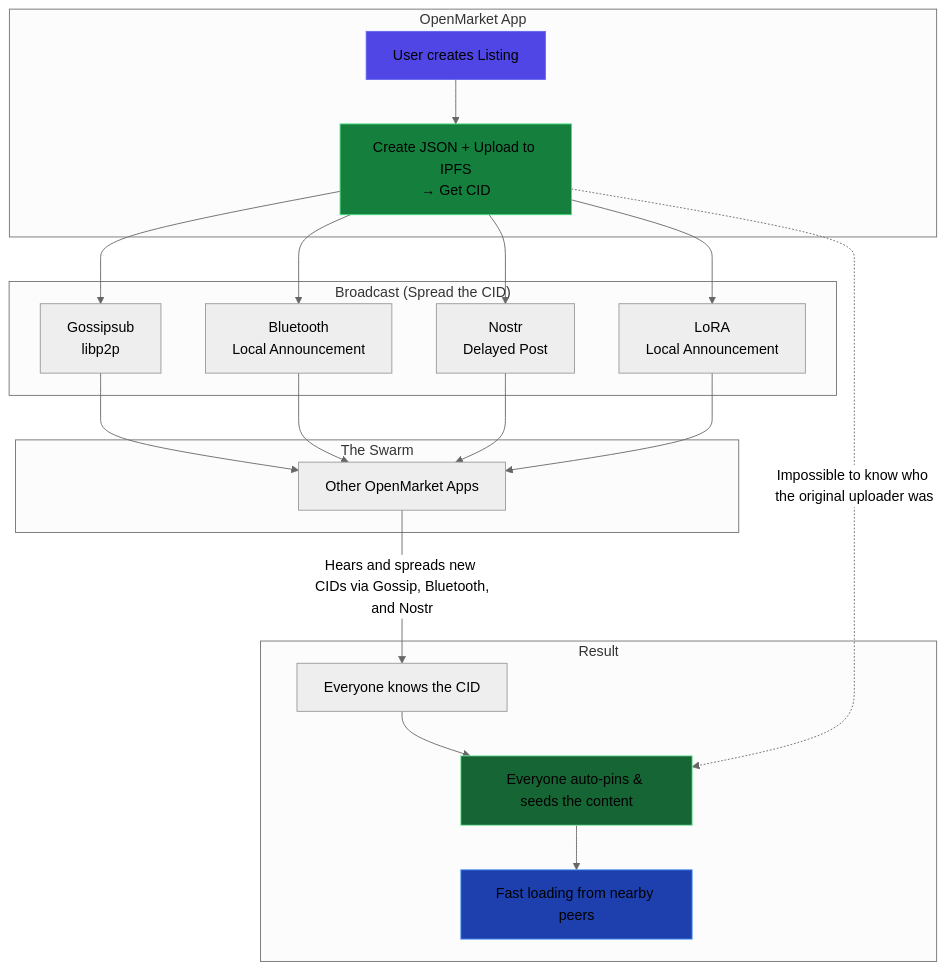
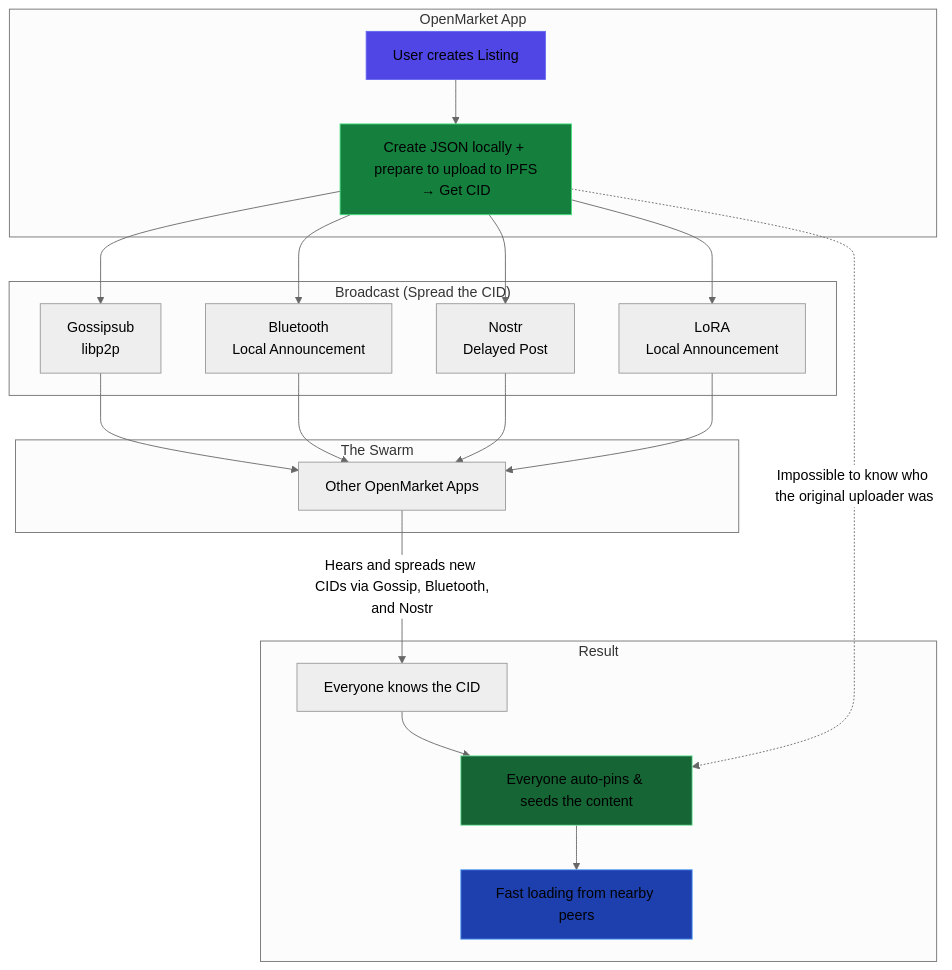
Before and after one commit to lukeprofits/OpenMarket: the diagram in README.md, drawn with Mermaid (neutral theme).

````diff
--- a/README.md
+++ b/README.md
@@ -14,46 +14,46 @@
 ```mermaid
 flowchart TD
     subgraph "OpenMarket App"
         A[User creates Listing] 
-        B[Create JSON + Upload to IPFS<br/>→ Get CID]
+        B[Create JSON locally + prepare to upload to IPFS<br/>→ Get CID]
     end
 
     subgraph "Broadcast (Spread the CID)"
         C[Gossipsub<br/>libp2p]
         D[Bluetooth<br/>Local Announcement]
         E[Nostr<br/>Delayed Post]
         J[LoRA<br/>Local Announcement]
     end
 
     subgraph "The Swarm"
         F[Other OpenMarket Apps]
     end
 
     subgraph "Result"
         G[Everyone knows the CID]
         H[Everyone auto-pins & seeds the content]
         I[Fast loading from nearby peers]
     end
 
     A --> B
     B --> C
     B --> D
     B --> E
     B --> J
 
     C --> F
     D --> F
     E --> F
     J --> F
 
     F -->|"Hears and spreads new CIDs via Gossip, Bluetooth,<br/>and Nostr"| G
     G --> H
     H --> I
 
     B -.->|"Impossible to know who the original uploader was"| H
 
     style A fill:#4f46e5,stroke:#6366f1
     style B fill:#15803d,stroke:#4ade80
     style H fill:#166534,stroke:#86efac
     style I fill:#1e40af,stroke:#60a5fa
 ```
````
